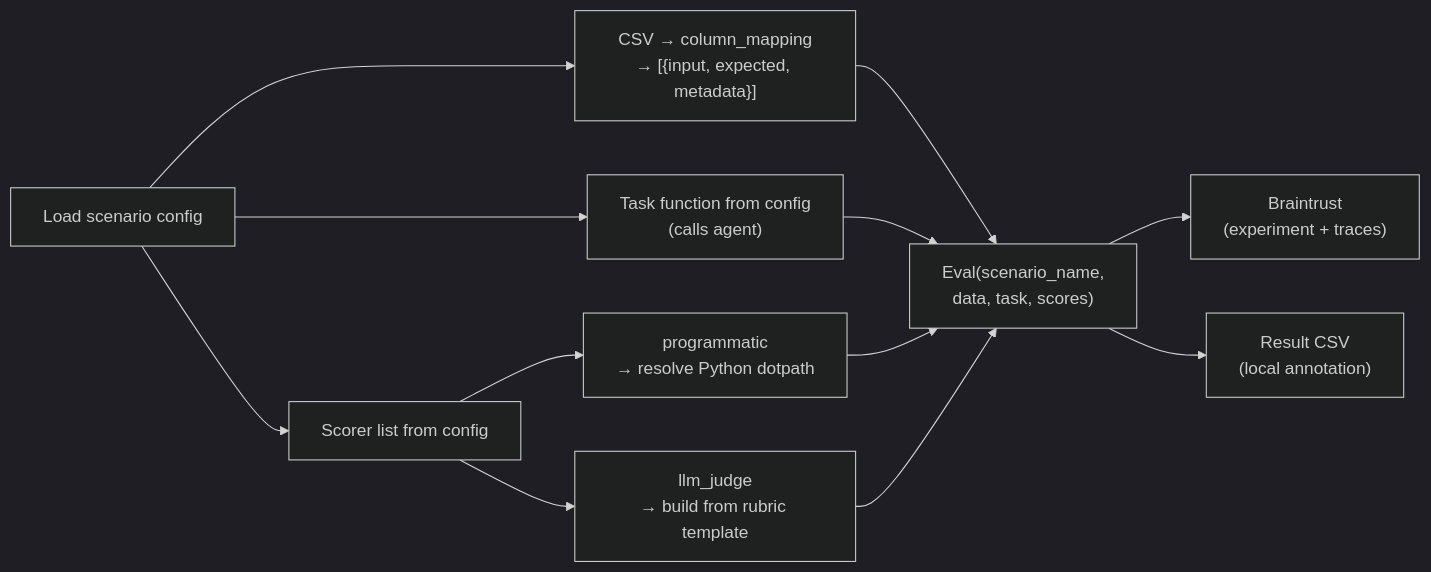
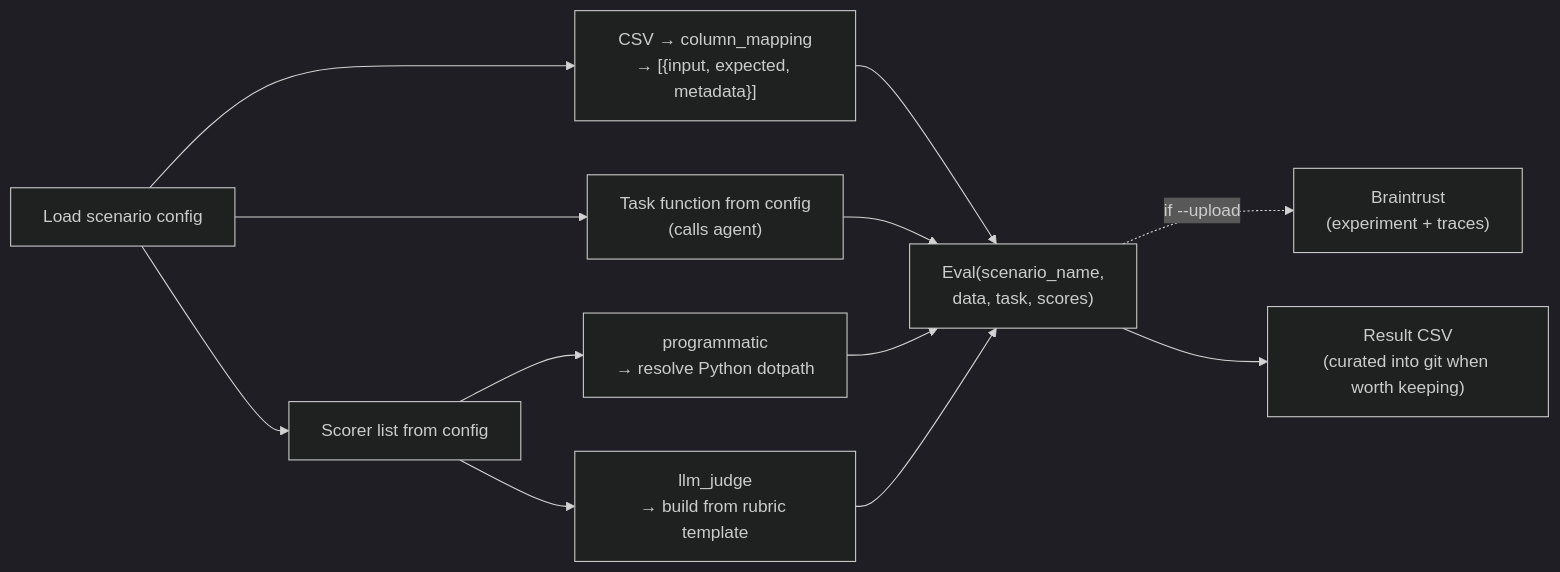
Before and after one commit to wei-yiting/fin-lab-x: the third of 3 diagrams in backend/evals/ARCHITECTURE.md, drawn with Mermaid (dark theme). The commit also changed other lines of this file and 8 other files, not shown here.

First line of the commit message:
refactor(evals): braintrust Eval() as sole executor, default no-upload (#25)

````diff
--- a/backend/evals/ARCHITECTURE.md
+++ b/backend/evals/ARCHITECTURE.md
@@ -82,23 +82,23 @@
 ```mermaid
 graph LR
     Config["Load scenario config"]
     Data["CSV → column_mapping<br/>→ [{input, expected, metadata}]"]
     TaskFn["Task function from config<br/>(calls agent)"]
     ScorerList["Scorer list from config"]
     Prog["programmatic<br/>→ resolve Python dotpath"]
     LLM["llm_judge<br/>→ build from rubric template"]
 
     Config --> Data
     Config --> TaskFn
     Config --> ScorerList
     ScorerList --> Prog
     ScorerList --> LLM
 
     Data --> Eval["Eval(scenario_name,<br/>data, task, scores)"]
     TaskFn --> Eval
     Prog --> Eval
     LLM --> Eval
 
-    Eval --> BT["Braintrust<br/>(experiment + traces)"]
-    Eval --> ResultCSV["Result CSV<br/>(local annotation)"]
+    Eval -.->|"if --upload"| BT["Braintrust<br/>(experiment + traces)"]
+    Eval --> ResultCSV["Result CSV<br/>(curated into git when worth keeping)"]
 ```
````
